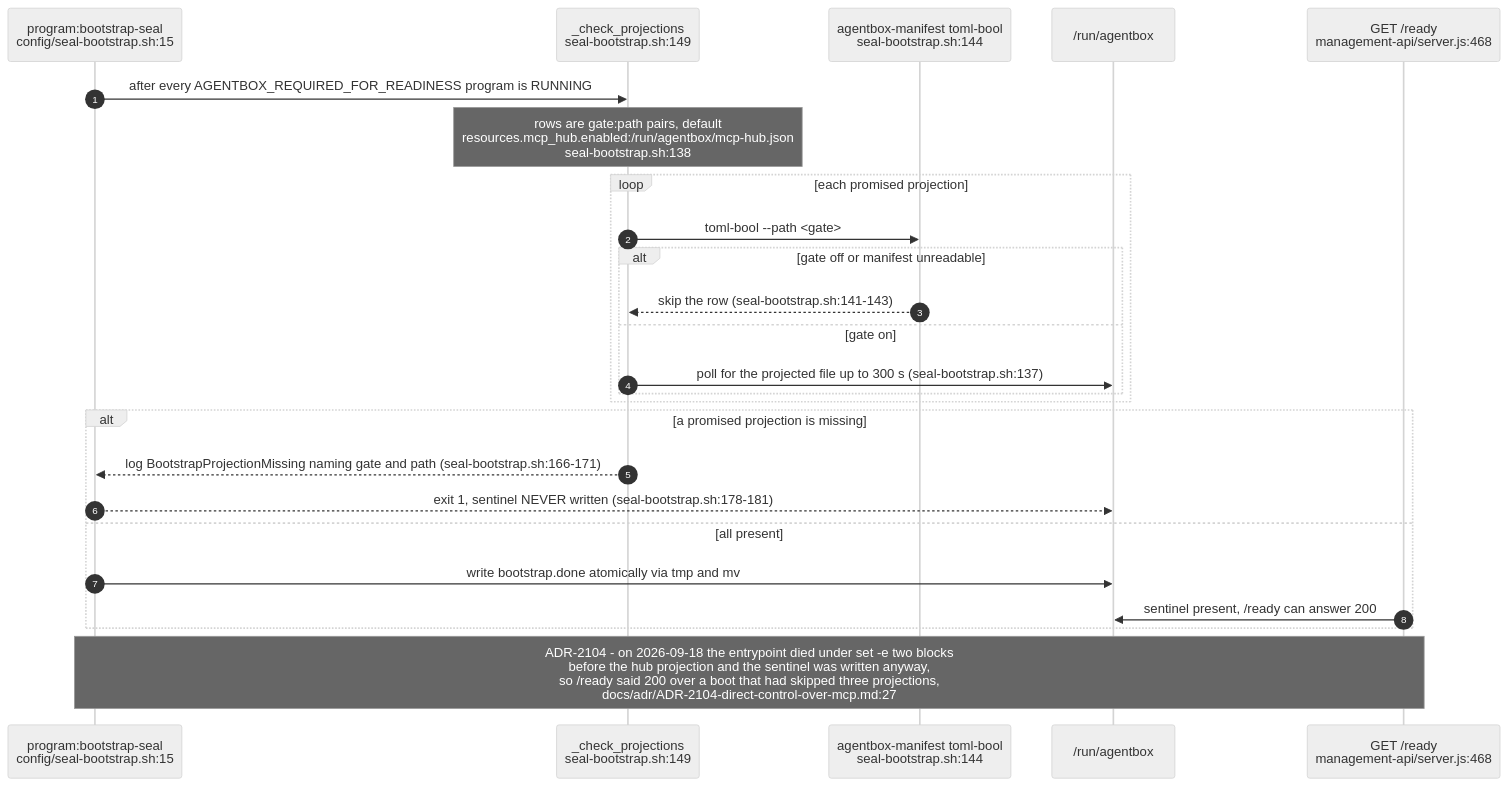
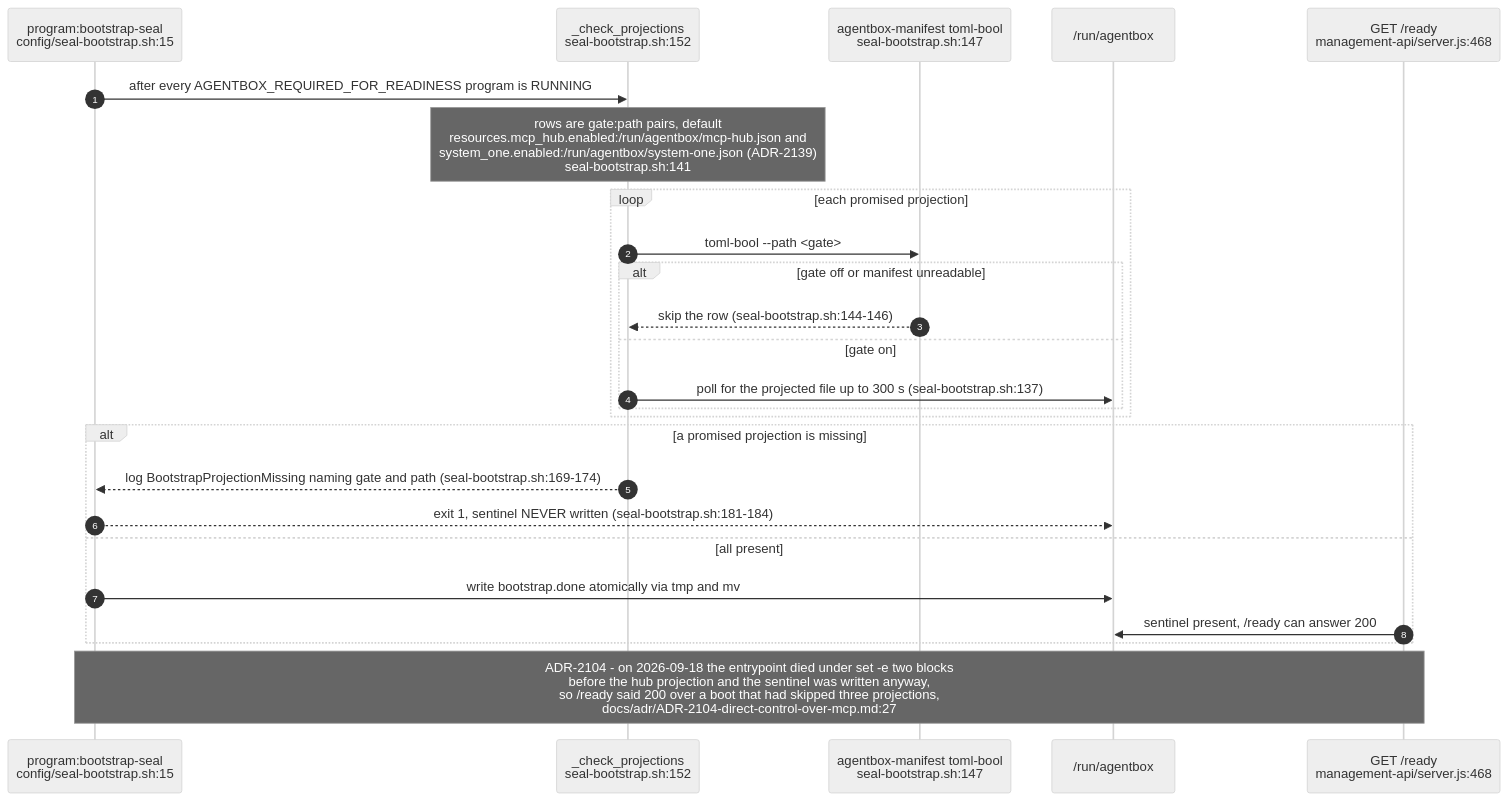
One commit to DreamLab-AI/VisionFlow changed diagram 19 of 21 in docs/diagrams/agentbox/02-boot-sequence-and-readiness.md. Above: the diagram before and after it, drawn with Mermaid (neutral theme). The commit also changed other lines of this file and 80 other files, not shown here.

First line of the commit message:
docs(diagrams): re-verify the agentbox, dreamlab, estate and visionflow corpus against current sources

````diff
--- a/docs/diagrams/agentbox/02-boot-sequence-and-readiness.md
+++ b/docs/diagrams/agentbox/02-boot-sequence-and-readiness.md
@@ -686,28 +699,28 @@
 ```mermaid
 sequenceDiagram
     autonumber
     participant SEAL as program:bootstrap-seal<br/>config/seal-bootstrap.sh:15
-    participant CP as _check_projections<br/>seal-bootstrap.sh:149
-    participant AM as agentbox-manifest toml-bool<br/>seal-bootstrap.sh:144
+    participant CP as _check_projections<br/>seal-bootstrap.sh:152
+    participant AM as agentbox-manifest toml-bool<br/>seal-bootstrap.sh:147
     participant FS as /run/agentbox
     participant RDY as GET /ready<br/>management-api/server.js:468
 
     SEAL->>CP: after every AGENTBOX_REQUIRED_FOR_READINESS program is RUNNING
-    Note over CP: rows are gate:path pairs, default<br/>resources.mcp_hub.enabled:/run/agentbox/mcp-hub.json<br/>seal-bootstrap.sh:138
+    Note over CP: rows are gate:path pairs, default<br/>resources.mcp_hub.enabled:/run/agentbox/mcp-hub.json and<br/>system_one.enabled:/run/agentbox/system-one.json (ADR-2139)<br/>seal-bootstrap.sh:141
     loop each promised projection
         CP->>AM: toml-bool --path <gate>
         alt gate off or manifest unreadable
-            AM-->>CP: skip the row (seal-bootstrap.sh:141-143)
+            AM-->>CP: skip the row (seal-bootstrap.sh:144-146)
         else gate on
             CP->>FS: poll for the projected file up to 300 s (seal-bootstrap.sh:137)
         end
     end
     alt a promised projection is missing
-        CP-->>SEAL: log BootstrapProjectionMissing naming gate and path (seal-bootstrap.sh:166-171)
-        SEAL-->>FS: exit 1, sentinel NEVER written (seal-bootstrap.sh:178-181)
+        CP-->>SEAL: log BootstrapProjectionMissing naming gate and path (seal-bootstrap.sh:169-174)
+        SEAL-->>FS: exit 1, sentinel NEVER written (seal-bootstrap.sh:181-184)
     else all present
         SEAL->>FS: write bootstrap.done atomically via tmp and mv
         RDY->>FS: sentinel present, /ready can answer 200
     end
     Note over SEAL,RDY: ADR-2104 - on 2026-09-18 the entrypoint died under set -e two blocks<br/>before the hub projection and the sentinel was written anyway,<br/>so /ready said 200 over a boot that had skipped three projections,<br/>docs/adr/ADR-2104-direct-control-over-mcp.md:27
 ```
````
